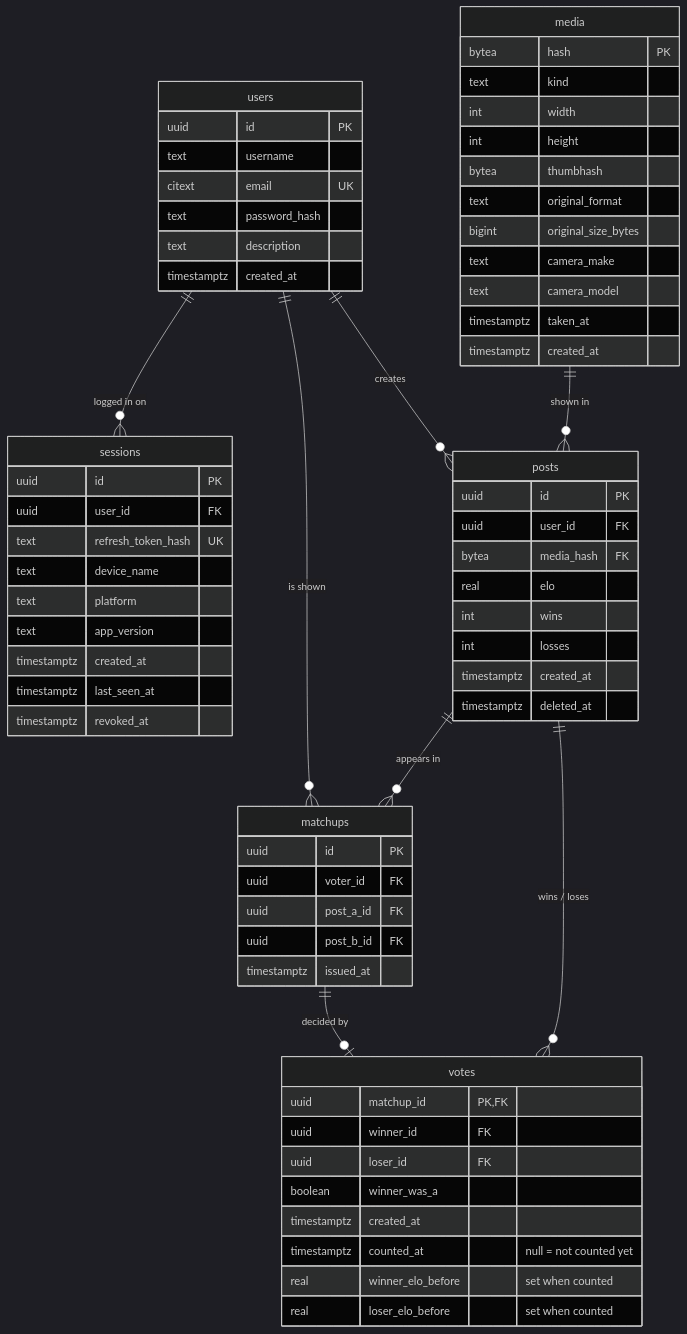
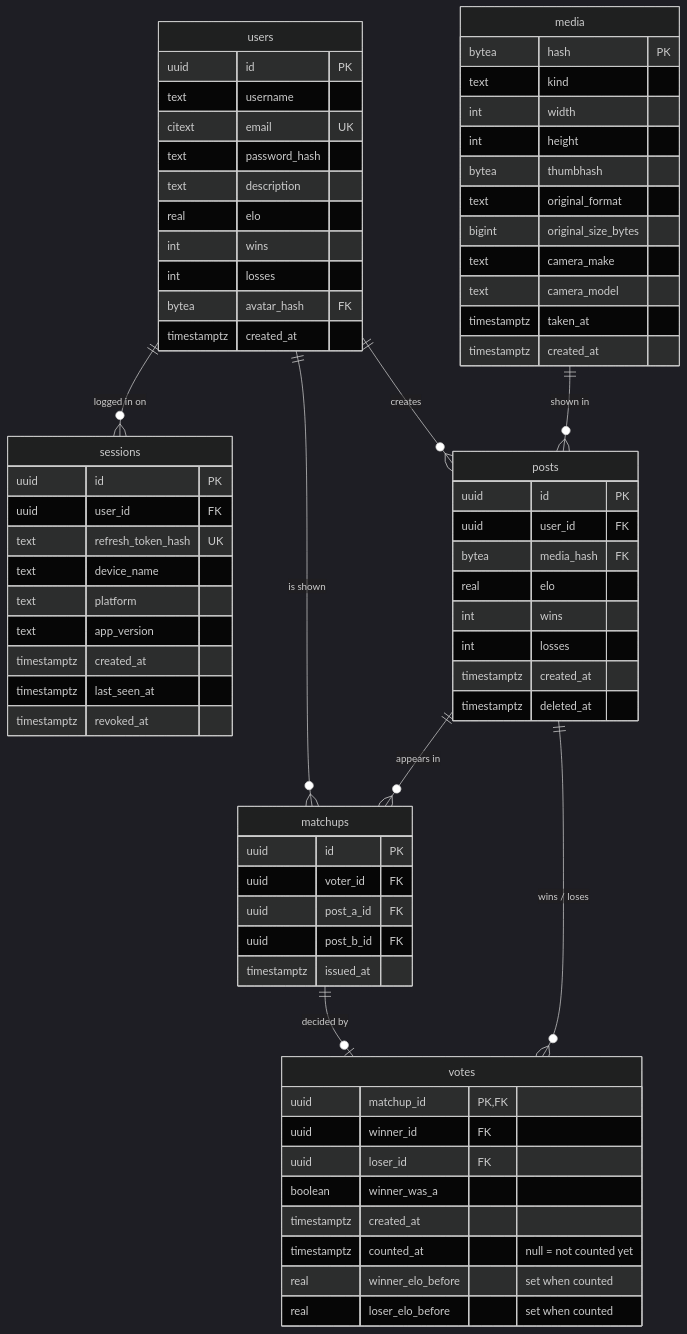
One commit to Aarhus-tech-project/2026q4-h5-projektstyring-og-app-programmering-group-2 changed the diagram in DatabaseDiagram.md. Above: the diagram before and after it, drawn with Mermaid (dark theme). The commit also changed 9 other files, not shown here.

````diff
--- a/DatabaseDiagram.md
+++ b/DatabaseDiagram.md
@@ -1,70 +1,74 @@
 ```mermaid
 erDiagram
     users {
         uuid id PK
         text username
         citext email UK
         text password_hash
         text description
+        real elo
+        int wins
+        int losses
+        bytea avatar_hash FK
         timestamptz created_at
     }
     sessions {
         uuid id PK
         uuid user_id FK
         text refresh_token_hash UK
         text device_name
         text platform
         text app_version
         timestamptz created_at
         timestamptz last_seen_at
         timestamptz revoked_at
     }
     media {
         bytea hash PK
         text kind
         int width
         int height
         bytea thumbhash
         text original_format
         bigint original_size_bytes
         text camera_make
         text camera_model
         timestamptz taken_at
         timestamptz created_at
     }
     posts {
         uuid id PK
         uuid user_id FK
         bytea media_hash FK
         real elo
         int wins
         int losses
         timestamptz created_at
         timestamptz deleted_at
     }
     matchups {
         uuid id PK
         uuid voter_id FK
         uuid post_a_id FK
         uuid post_b_id FK
         timestamptz issued_at
     }
     votes {
         uuid matchup_id PK, FK
         uuid winner_id FK
         uuid loser_id FK
         boolean winner_was_a
         timestamptz created_at
         timestamptz counted_at "null = not counted yet"
         real winner_elo_before "set when counted"
         real loser_elo_before "set when counted"
     }
 
     users ||--o{ sessions : "logged in on"
     users ||--o{ posts : creates
     media ||--o{ posts : "shown in"
     users ||--o{ matchups : "is shown"
     posts ||--o{ matchups : "appears in"
     matchups ||--o| votes : "decided by"
     posts ||--o{ votes : "wins / loses"
 ```
````
